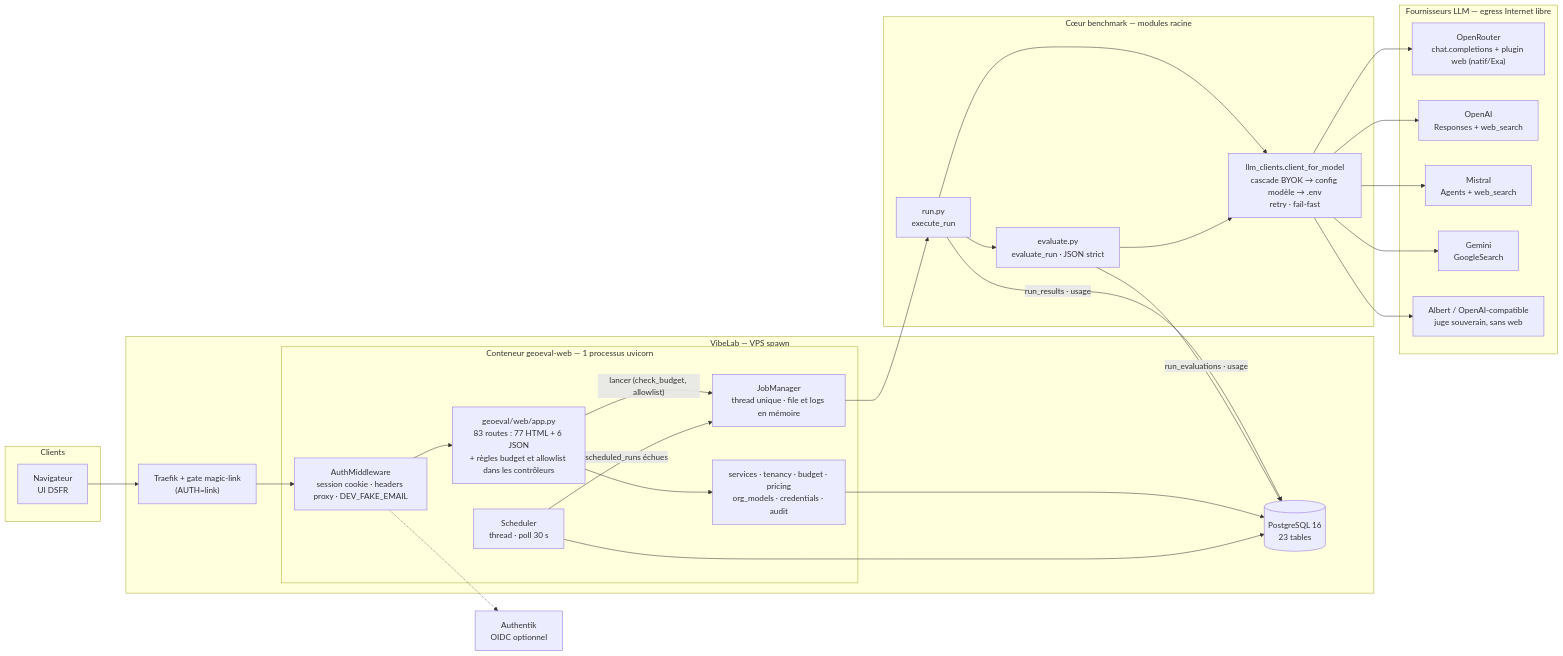
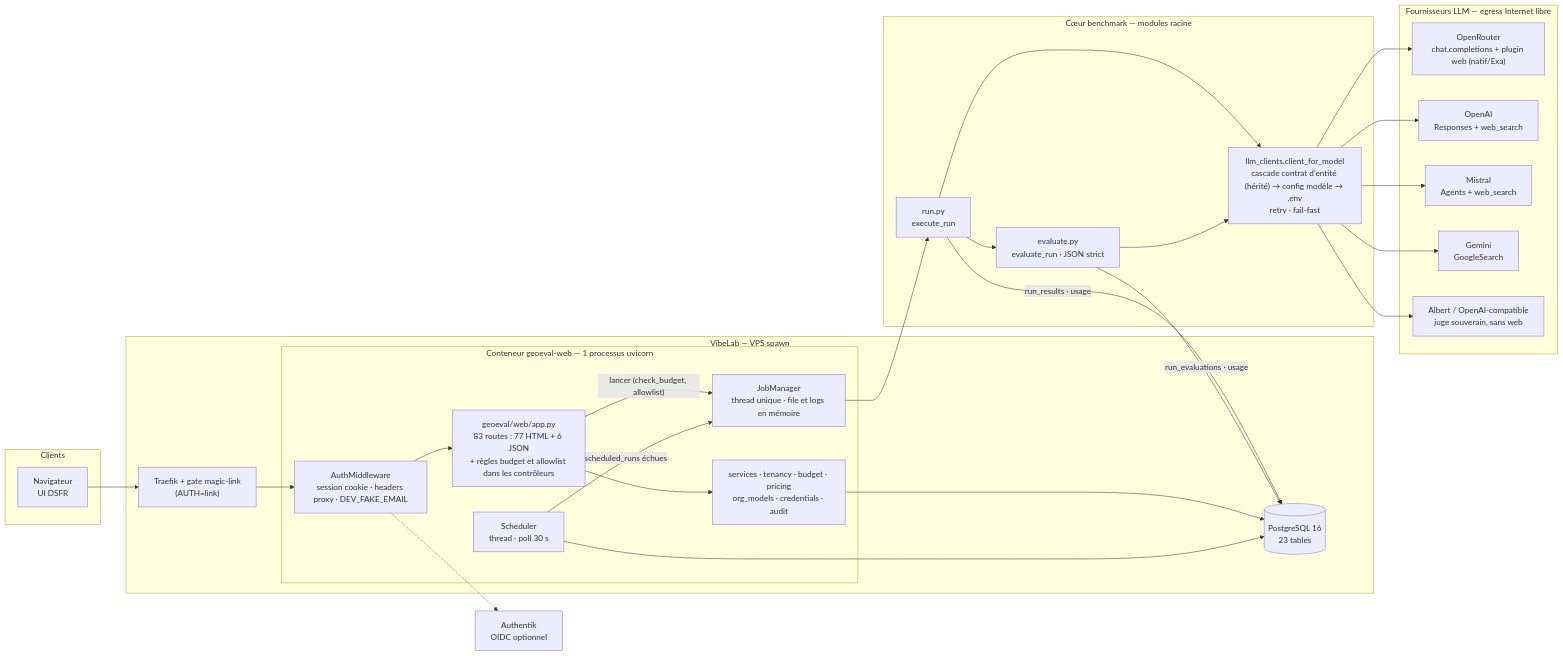
The first of 3 diagrams in docs/architecture.md (bmatge/GEOeval), drawn with Mermaid before and after one commit. The commit also changed other lines of this file and 32 other files, not shown here.

````diff
--- a/docs/architecture.md
+++ b/docs/architecture.md
@@ -15,49 +15,49 @@
 ```mermaid
 flowchart LR
   subgraph Clients
     U["Navigateur<br/>UI DSFR"]
   end
 
   subgraph VibeLab["VibeLab — VPS spawn"]
     GATE["Traefik + gate magic-link<br/>(AUTH=link)"]
     subgraph WEB["Conteneur geoeval-web — 1 processus uvicorn"]
       MW["AuthMiddleware<br/>session cookie · headers proxy · DEV_FAKE_EMAIL"]
       APP["geoeval/web/app.py<br/>83 routes : 77 HTML + 6 JSON<br/>+ règles budget et allowlist dans les contrôleurs"]
       SVC["services · tenancy · budget · pricing<br/>org_models · credentials · audit"]
       JOBS["JobManager<br/>thread unique · file et logs en mémoire"]
       SCHED["Scheduler<br/>thread · poll 30 s"]
     end
     DB[("PostgreSQL 16<br/>23 tables")]
   end
 
   subgraph Core["Cœur benchmark — modules racine"]
     RUN["run.py<br/>execute_run"]
     EVAL["evaluate.py<br/>evaluate_run · JSON strict"]
-    LLMC["llm_clients.client_for_model<br/>cascade BYOK → config modèle → .env<br/>retry · fail-fast"]
+    LLMC["llm_clients.client_for_model<br/>cascade contrat d'entité (hérité) → config modèle → .env<br/>retry · fail-fast"]
   end
 
   subgraph LLM["Fournisseurs LLM — egress Internet libre"]
     OR["OpenRouter<br/>chat.completions + plugin web (natif/Exa)"]
     OAI["OpenAI<br/>Responses + web_search"]
     MIS["Mistral<br/>Agents + web_search"]
     GEM["Gemini<br/>GoogleSearch"]
     ALB["Albert / OpenAI-compatible<br/>juge souverain, sans web"]
   end
   IDP["Authentik<br/>OIDC optionnel"]
 
   U --> GATE --> MW --> APP --> SVC --> DB
   APP -->|"lancer (check_budget, allowlist)"| JOBS
   SCHED -->|"scheduled_runs échues"| JOBS
   SCHED --> DB
   JOBS --> RUN --> EVAL
   RUN --> LLMC
   EVAL --> LLMC
   LLMC --> OR
   LLMC --> OAI
   LLMC --> MIS
   LLMC --> GEM
   LLMC --> ALB
   RUN -->|"run_results · usage"| DB
   EVAL -->|"run_evaluations · usage"| DB
   MW -.-> IDP
 ```
````
